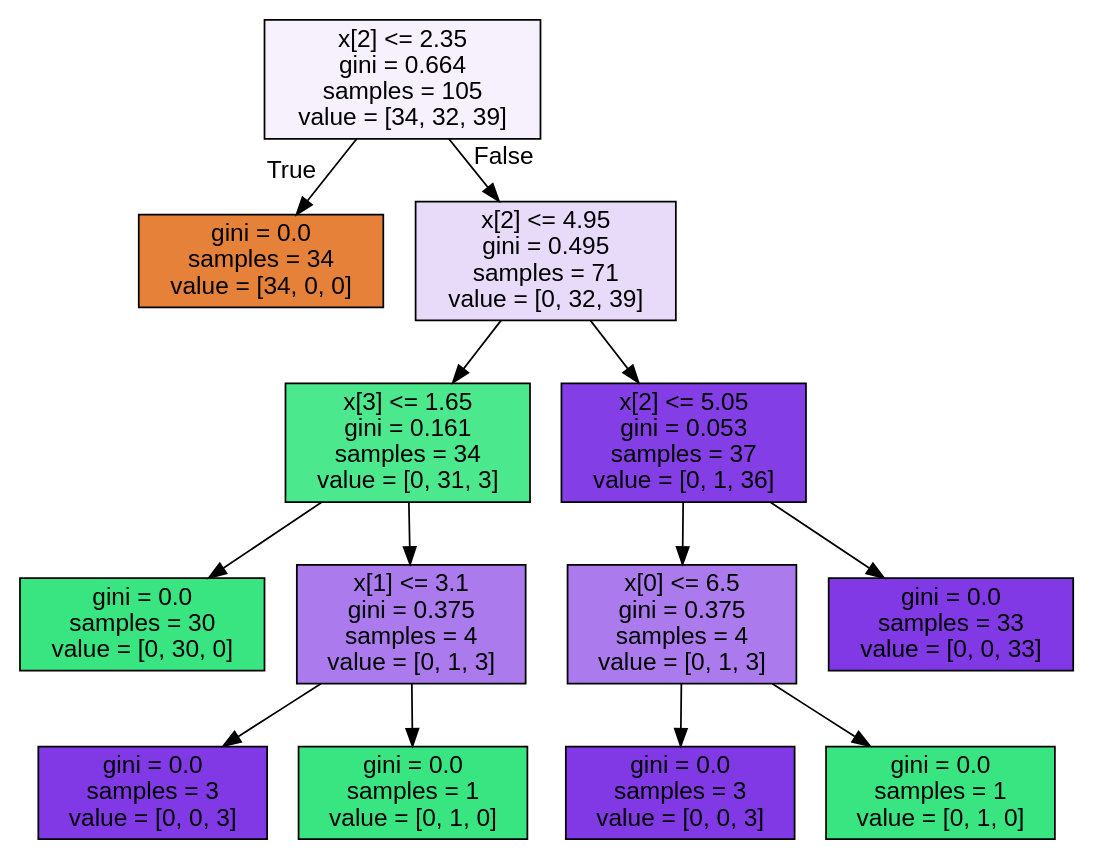
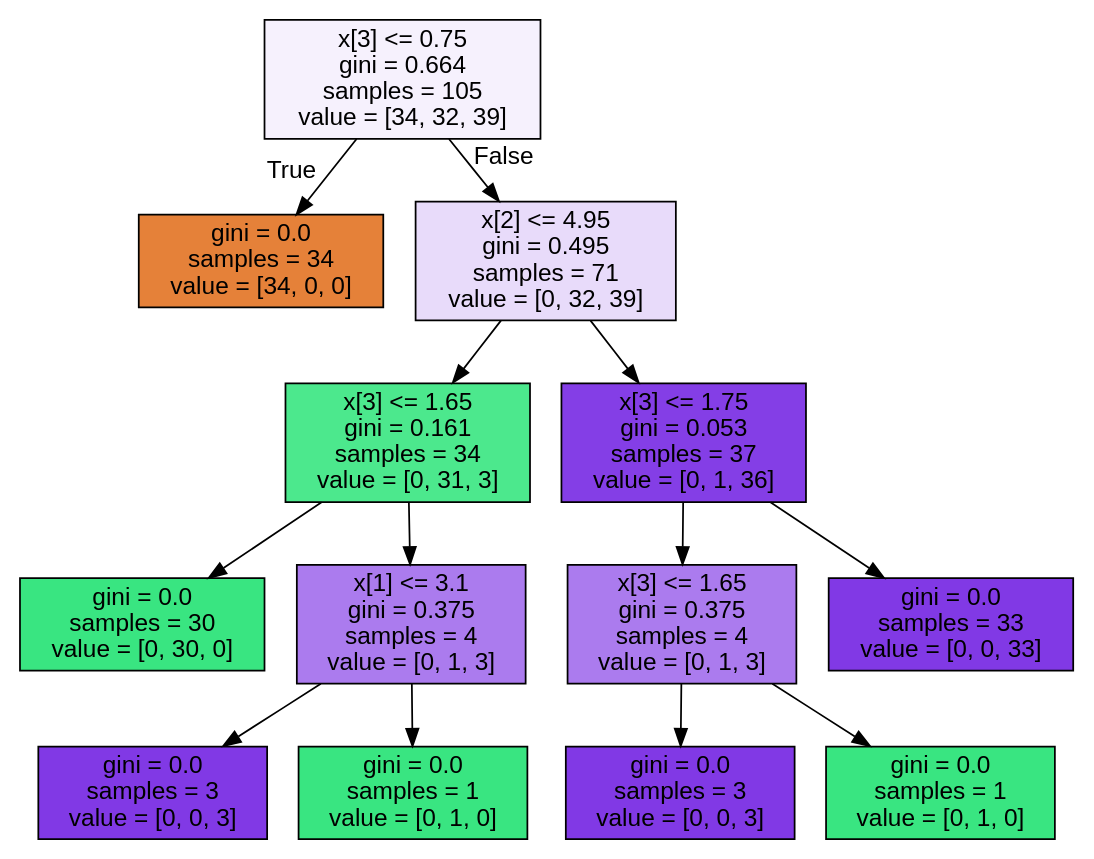
The diagram in Notebooks workshop story 5/iris.dot (Dev-IA-P5-2027/matthieu.catteyfaye), drawn with Graphviz before and after one commit. The commit also changed 1 other file, not shown here.

```diff
--- a/Notebooks workshop story 5/iris.dot
+++ b/Notebooks workshop story 5/iris.dot
@@ -1,29 +1,29 @@
 digraph Tree {
 node [shape=box, style="filled", color="black", fontname="helvetica"] ;
 edge [fontname="helvetica"] ;
-0 [label="x[2] <= 2.35\ngini = 0.664\nsamples = 105\nvalue = [34, 32, 39]", fillcolor="#f6f1fd"] ;
+0 [label="x[3] <= 0.75\ngini = 0.664\nsamples = 105\nvalue = [34, 32, 39]", fillcolor="#f6f1fd"] ;
 1 [label="gini = 0.0\nsamples = 34\nvalue = [34, 0, 0]", fillcolor="#e58139"] ;
 0 -> 1 [labeldistance=2.5, labelangle=45, headlabel="True"] ;
 2 [label="x[2] <= 4.95\ngini = 0.495\nsamples = 71\nvalue = [0, 32, 39]", fillcolor="#e8dbfa"] ;
 0 -> 2 [labeldistance=2.5, labelangle=-45, headlabel="False"] ;
 3 [label="x[3] <= 1.65\ngini = 0.161\nsamples = 34\nvalue = [0, 31, 3]", fillcolor="#4ce88d"] ;
 2 -> 3 ;
 4 [label="gini = 0.0\nsamples = 30\nvalue = [0, 30, 0]", fillcolor="#39e581"] ;
 3 -> 4 ;
 5 [label="x[1] <= 3.1\ngini = 0.375\nsamples = 4\nvalue = [0, 1, 3]", fillcolor="#ab7bee"] ;
 3 -> 5 ;
 6 [label="gini = 0.0\nsamples = 3\nvalue = [0, 0, 3]", fillcolor="#8139e5"] ;
 5 -> 6 ;
 7 [label="gini = 0.0\nsamples = 1\nvalue = [0, 1, 0]", fillcolor="#39e581"] ;
 5 -> 7 ;
-8 [label="x[2] <= 5.05\ngini = 0.053\nsamples = 37\nvalue = [0, 1, 36]", fillcolor="#843ee6"] ;
+8 [label="x[3] <= 1.75\ngini = 0.053\nsamples = 37\nvalue = [0, 1, 36]", fillcolor="#843ee6"] ;
 2 -> 8 ;
-9 [label="x[0] <= 6.5\ngini = 0.375\nsamples = 4\nvalue = [0, 1, 3]", fillcolor="#ab7bee"] ;
+9 [label="x[3] <= 1.65\ngini = 0.375\nsamples = 4\nvalue = [0, 1, 3]", fillcolor="#ab7bee"] ;
 8 -> 9 ;
 10 [label="gini = 0.0\nsamples = 3\nvalue = [0, 0, 3]", fillcolor="#8139e5"] ;
 9 -> 10 ;
 11 [label="gini = 0.0\nsamples = 1\nvalue = [0, 1, 0]", fillcolor="#39e581"] ;
 9 -> 11 ;
 12 [label="gini = 0.0\nsamples = 33\nvalue = [0, 0, 33]", fillcolor="#8139e5"] ;
 8 -> 12 ;
 }
```
